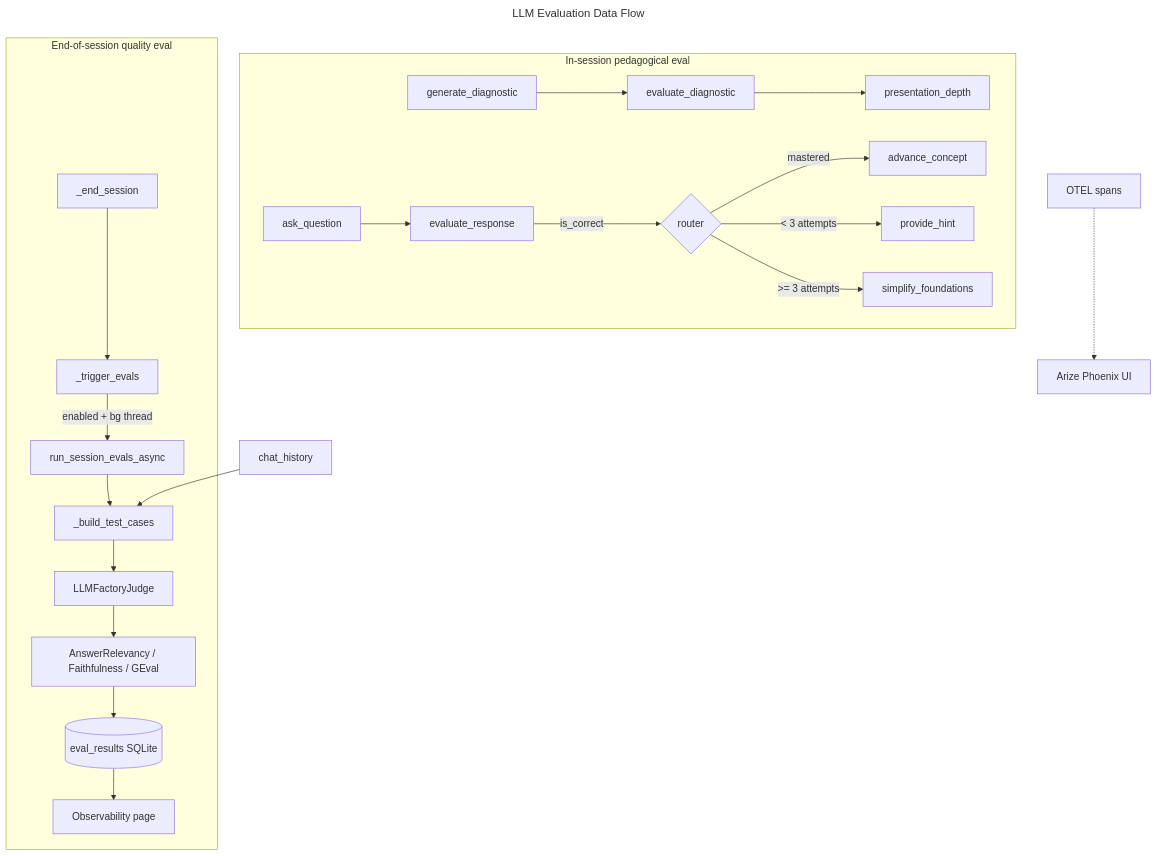
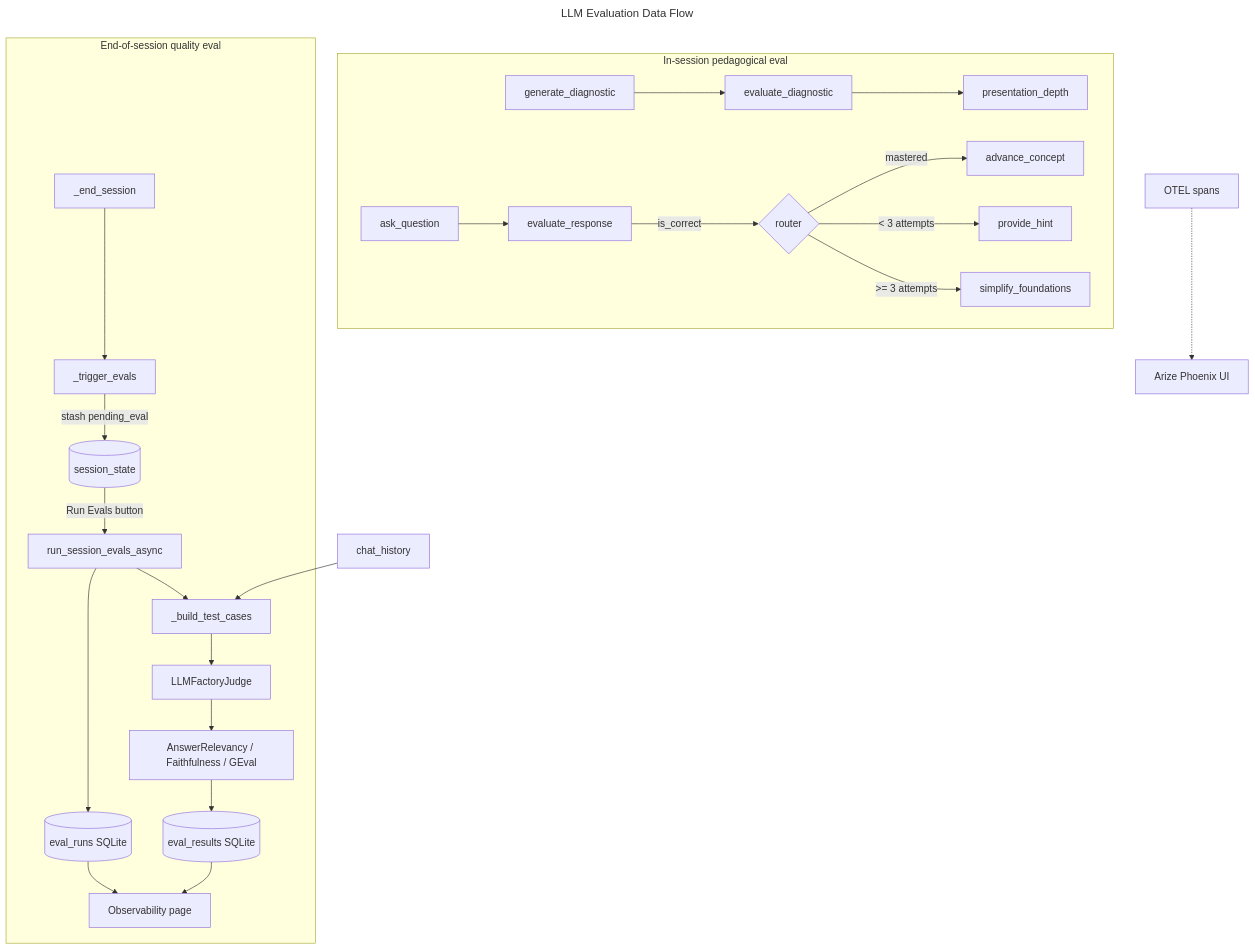
One commit to bijesh-p/deepl-ai-tutor changed the diagram in llm-eval-spec.md. Above: the diagram before and after it, drawn with Mermaid. The commit also changed other lines of this file and 1 other file, not shown here.

````diff
--- a/llm-eval-spec.md
+++ b/llm-eval-spec.md
@@ -19,28 +23,31 @@
 ```mermaid
 ---
 title: LLM Evaluation Data Flow
 ---
 flowchart TD
     subgraph InSession[In-session pedagogical eval]
         Diag[generate_diagnostic] --> EvalDiag[evaluate_diagnostic]
         EvalDiag --> Depth[presentation_depth]
         Ask[ask_question] --> EvalResp[evaluate_response]
         EvalResp -->|is_correct| Router{router}
         Router -->|mastered| Advance[advance_concept]
         Router -->|< 3 attempts| Hint[provide_hint]
         Router -->|>= 3 attempts| Simplify[simplify_foundations]
     end
 
     subgraph EndSession[End-of-session quality eval]
         End[_end_session] --> Trigger[_trigger_evals]
-        Trigger -->|enabled + bg thread| Runner[run_session_evals_async]
+        Trigger -->|stash pending_eval| Pending[(session_state)]
+        Pending -->|Run Evals button| Runner[run_session_evals_async]
         Runner --> Build[_build_test_cases]
         Build --> Judge[LLMFactoryJudge]
         Judge --> Metrics[AnswerRelevancy / Faithfulness / GEval]
         Metrics --> Persist[(eval_results SQLite)]
+        Runner --> Status[(eval_runs SQLite)]
         Persist --> Dashboard[Observability page]
+        Status --> Dashboard
     end
 
     History[chat_history] --> Build
     Phoenix[OTEL spans] -.-> PhoenixUI[Arize Phoenix UI]
 ```
````
